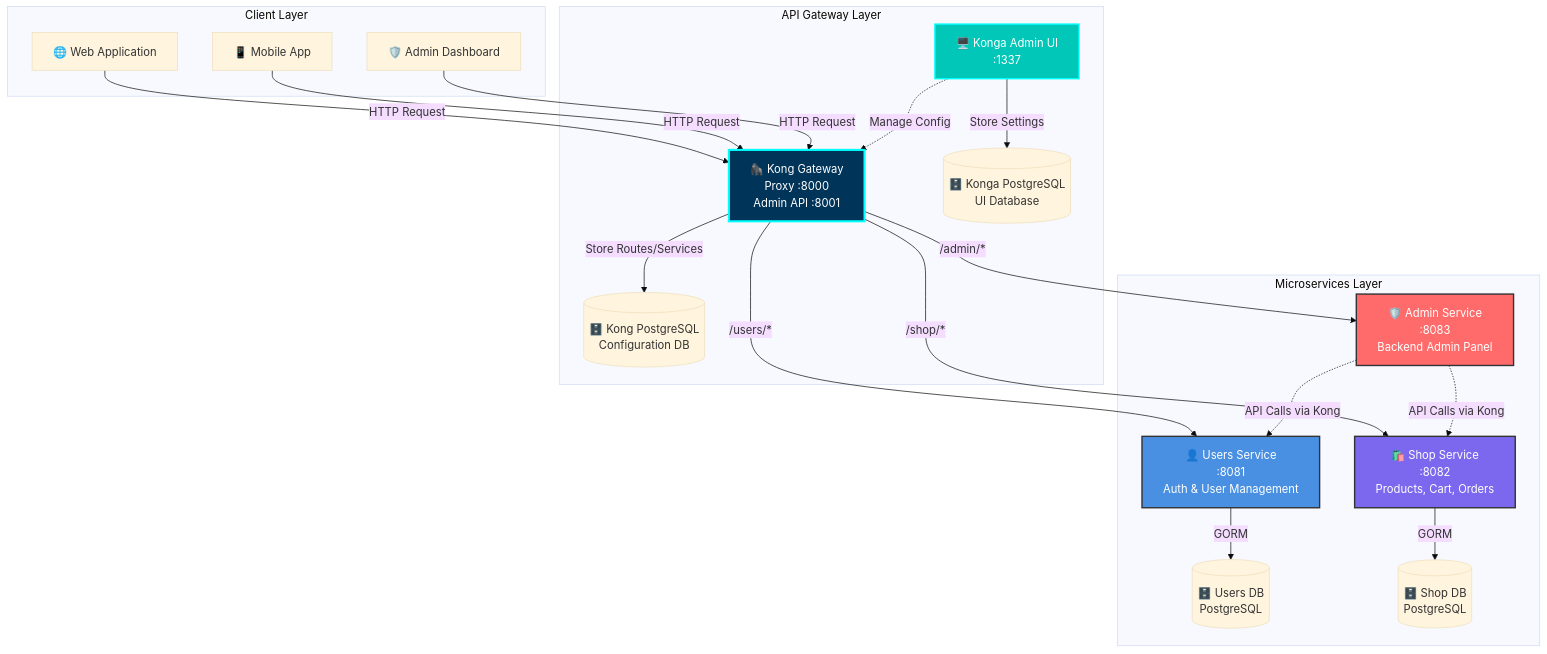
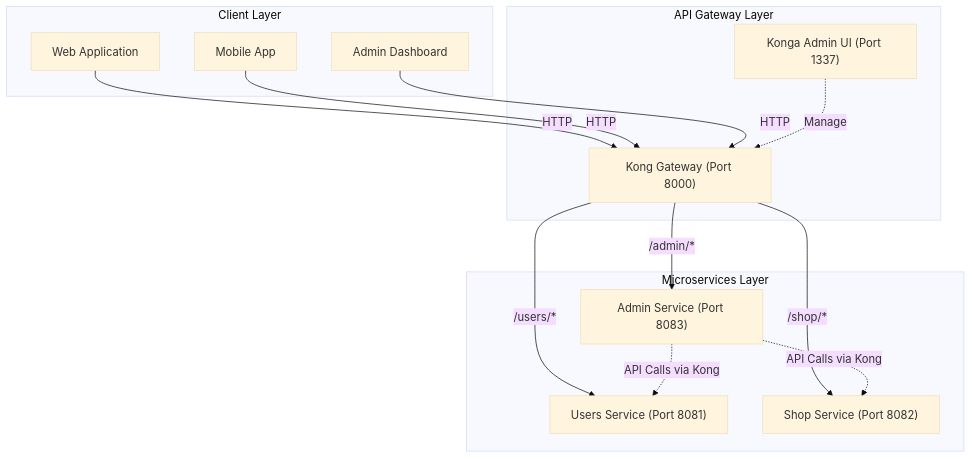
Before and after one commit to Wattanaroj2567/Mini-Project-Golang: the diagram in README.md, drawn with Mermaid (base theme). The commit also changed other lines of this file and 8 other files, not shown here.

````diff
--- a/README.md
+++ b/README.md
@@ -114,53 +17,32 @@
 ```mermaid
 graph TB
-    subgraph "Client Layer"
-        WEB[🌐 Web Application]
-        MOBILE[📱 Mobile App]
-        ADMIN_UI[🛡️ Admin Dashboard]
+    subgraph Client_Layer ["Client Layer"]
+        WEB["Web Application"]
+        MOBILE["Mobile App"]
+        ADMIN_UI["Admin Dashboard"]
     end
 
-    subgraph "API Gateway Layer"
-        KONGA[🖥️ Konga Admin UI<br/>:1337]
-        KONG[🦍 Kong Gateway<br/>Proxy :8000<br/>Admin API :8001]
-        KONG_DB[(🗄️ Kong PostgreSQL<br/>Configuration DB)]
-        KONGA_DB[(🗄️ Konga PostgreSQL<br/>UI Database)]
+    subgraph Gateway_Layer ["API Gateway Layer"]
+        KONG["Kong Gateway (Port 8000)"]
+        KONGA["Konga Admin UI (Port 1337)"]
     end
 
-    subgraph "Microservices Layer"
-        USERS[👤 Users Service<br/>:8081<br/>Auth & User Management]
-        SHOP[🛍️ Shop Service<br/>:8082<br/>Products, Cart, Orders]
-        ADMIN[🛡️ Admin Service<br/>:8083<br/>Backend Admin Panel]
-
-        USERS_DB[(🗄️ Users DB<br/>PostgreSQL)]
-        SHOP_DB[(🗄️ Shop DB<br/>PostgreSQL)]
+    subgraph Microservices_Layer ["Microservices Layer"]
+        USERS["Users Service (Port 8081)"]
+        SHOP["Shop Service (Port 8082)"]
+        ADMIN["Admin Service (Port 8083)"]
     end
 
-    %% Client connections
-    WEB -->|HTTP Request| KONG
-    MOBILE -->|HTTP Request| KONG
-    ADMIN_UI -->|HTTP Request| KONG
+    WEB -->|HTTP| KONG
+    MOBILE -->|HTTP| KONG
+    ADMIN_UI -->|HTTP| KONG
 
-    %% Konga manages Kong
-    KONGA -.->|Manage Config| KONG
-    KONGA -->|Store Settings| KONGA_DB
-    KONG -->|Store Routes/Services| KONG_DB
+    KONGA -.->|Manage| KONG
 
-    %% Kong routes to services
     KONG -->|/users/*| USERS
     KONG -->|/shop/*| SHOP
     KONG -->|/admin/*| ADMIN
 
-    %% Admin service calls other services
     ADMIN -.->|API Calls via Kong| USERS
     ADMIN -.->|API Calls via Kong| SHOP
-
-    %% Services connect to databases
-    USERS -->|GORM| USERS_DB
-    SHOP -->|GORM| SHOP_DB
-
-    style KONG fill:#003459,stroke:#00ffff,stroke-width:3px,color:#fff
-    style KONGA fill:#00C7B7,stroke:#00ffff,stroke-width:2px,color:#fff
-    style USERS fill:#4A90E2,stroke:#333,stroke-width:2px,color:#fff
-    style SHOP fill:#7B68EE,stroke:#333,stroke-width:2px,color:#fff
-    style ADMIN fill:#FF6B6B,stroke:#333,stroke-width:2px,color:#fff
 ```
````
